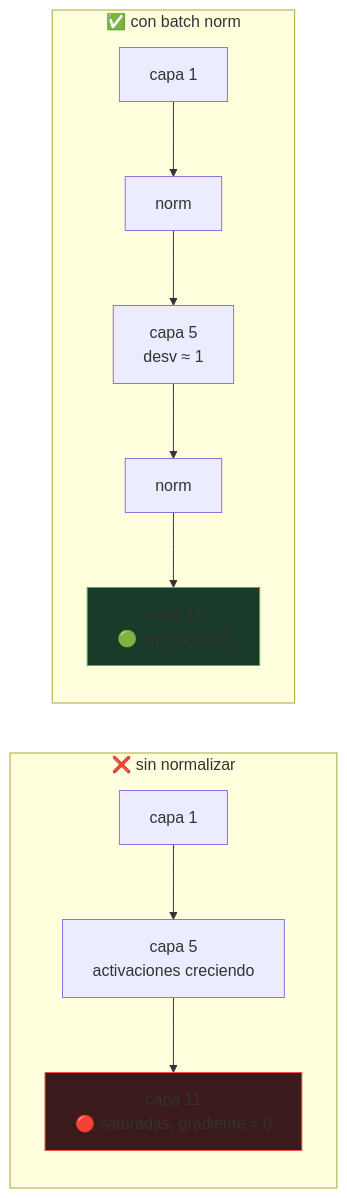
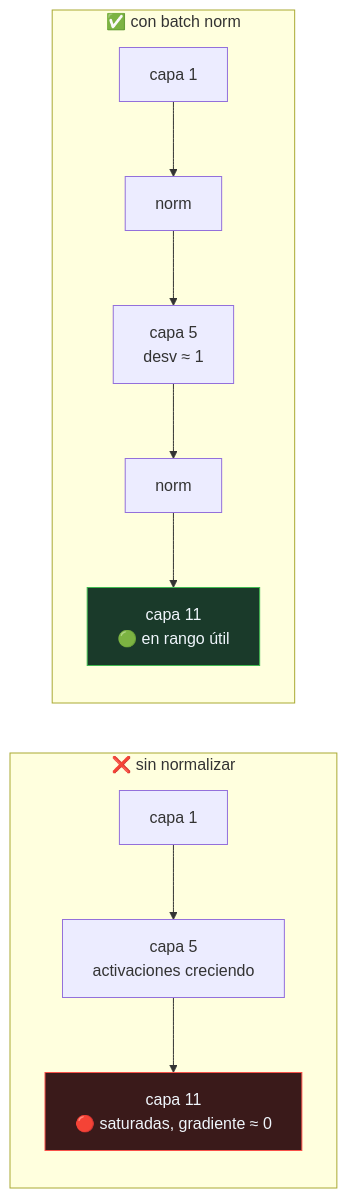
The diagram in papers/foundational/P43_batchnorm/README.md (vladimiracunadev-create/artificial-intelligence-evolution-program), drawn with Mermaid before and after one commit. The commit also changed 27 other files, not shown here.

First line of the commit message:
Compilaciones: Windows en tres formatos y APK versionado; contraste de diagramas

````diff
--- a/papers/foundational/P43_batchnorm/README.md
+++ b/papers/foundational/P43_batchnorm/README.md
@@ -82,11 +82,11 @@
 ```mermaid
 flowchart LR
     subgraph S["❌ sin normalizar"]
         A1["capa 1"] --> A2["capa 5<br/>activaciones creciendo"] --> A3["capa 11<br/>🔴 saturadas, gradiente ≈ 0"]
     end
     subgraph C["✅ con batch norm"]
         B1["capa 1"] --> N1["norm"] --> B2["capa 5<br/>desv ≈ 1"] --> N2["norm"] --> B3["capa 11<br/>🟢 en rango útil"]
     end
-    style A3 fill:#3a1a1a,stroke:#f85149
-    style B3 fill:#1a3a2a,stroke:#3fb950
+    style A3 fill:#3a1a1a,stroke:#f85149,color:#f0f6fc
+    style B3 fill:#1a3a2a,stroke:#3fb950,color:#f0f6fc
 ```
````
